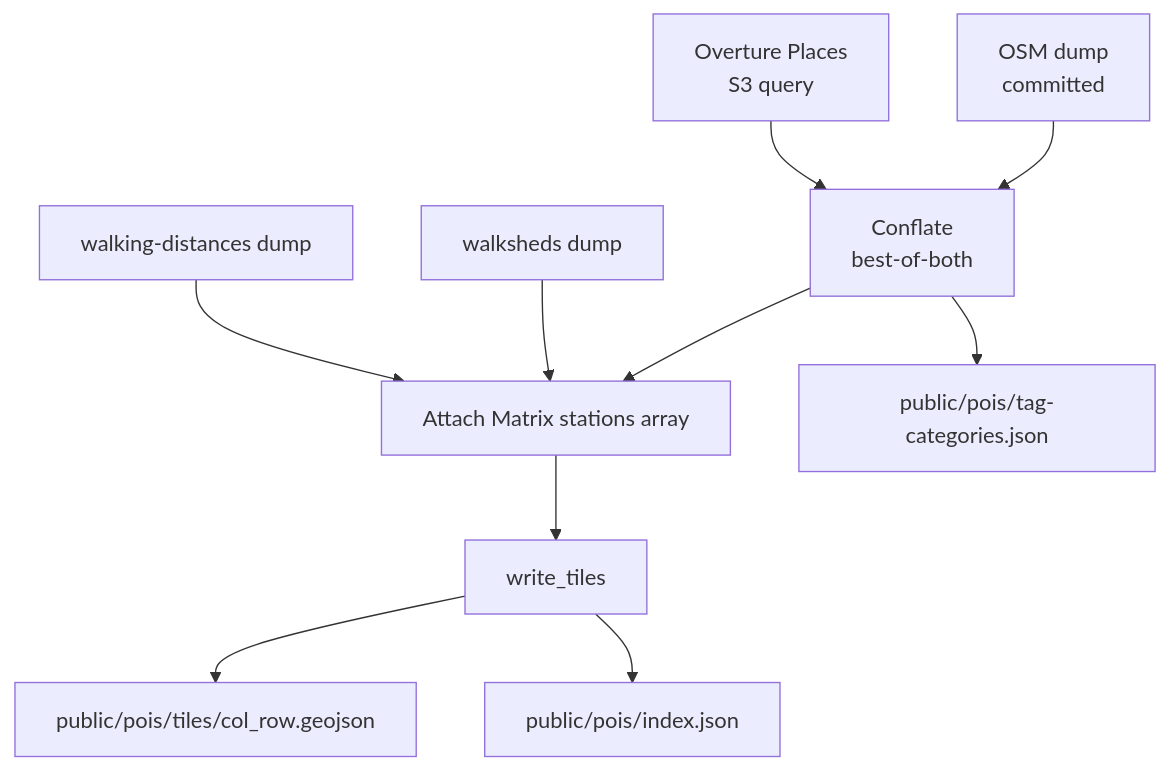
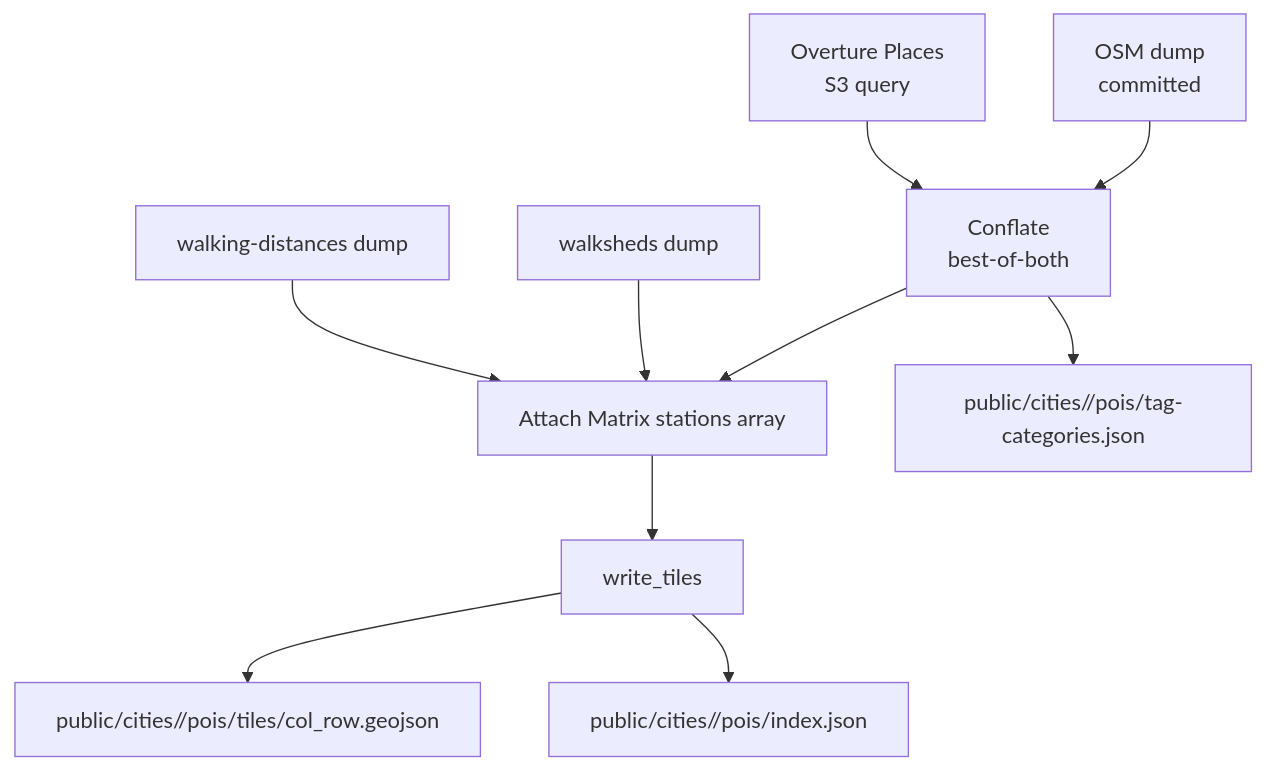
One commit to robogeosociety/walksheds changed the diagram in wiki/codex/docs/data/refined-pois.md. Above: the diagram before and after it, drawn with Mermaid. The commit also changed other lines of this file and 1279 other files, not shown here.

````diff
--- a/wiki/codex/docs/data/refined-pois.md
+++ b/wiki/codex/docs/data/refined-pois.md
@@ -7,12 +7,12 @@
 ```mermaid
 flowchart TD
   OSM[OSM dump<br/>committed] --> CONF[Conflate<br/>best-of-both]
   OVT[Overture Places<br/>S3 query] --> CONF
   CONF --> ATT[Attach Matrix stations array]
   WS[walksheds dump] --> ATT
   WD[walking-distances dump] --> ATT
   ATT --> TILE[write_tiles]
-  TILE --> GRID[public/pois/tiles/col_row.geojson]
-  TILE --> IDX[public/pois/index.json]
-  CONF --> TC[public/pois/tag-categories.json]
+  TILE --> GRID[public/cities/<slug>/pois/tiles/col_row.geojson]
+  TILE --> IDX[public/cities/<slug>/pois/index.json]
+  CONF --> TC[public/cities/<slug>/pois/tag-categories.json]
 ```
````
